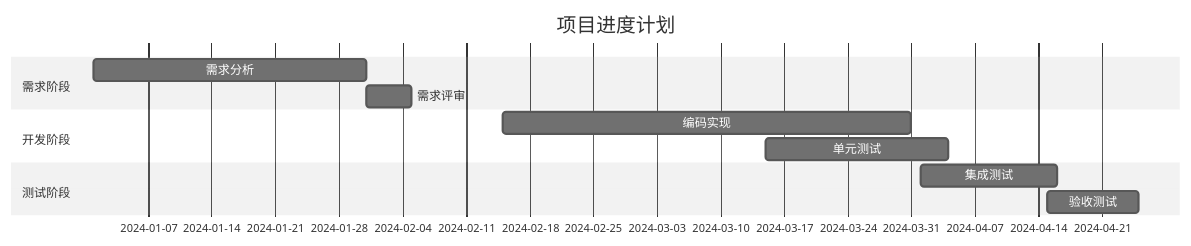
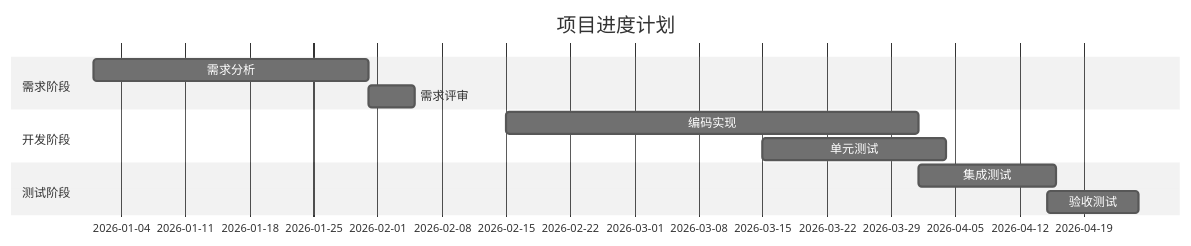
One commit to link0002/md-to-ppt changed the seventh of 11 diagrams in example/integration-test.md. Above: the diagram before and after it, drawn with Mermaid (neutral theme). The commit also changed 5 other files, not shown here.

````diff
--- a/example/integration-test.md
+++ b/example/integration-test.md
@@ -400,14 +400,14 @@
 ```mermaid
 gantt
     title 项目进度计划
-    dateFormat  YYYY-MM-DD
+    dateFormat  MM-DD
     section 需求阶段
-    需求分析           :a1, 2024-01-01, 30d
+    需求分析           :a1, 01-01, 30d
     需求评审           :after a1, 5d
     section 开发阶段
-    编码实现           :2024-02-15, 45d
-    单元测试           :2024-03-15, 20d
+    编码实现           :02-15, 45d
+    单元测试           :03-15, 20d
     section 测试阶段
-    集成测试           :2024-04-01, 15d
-    验收测试           :2024-04-15, 10d
+    集成测试           :04-01, 15d
+    验收测试           :04-15, 10d
 ```
````
